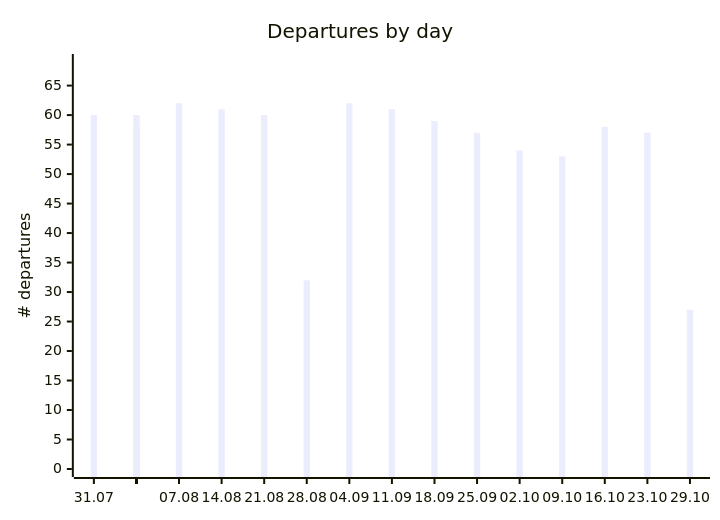
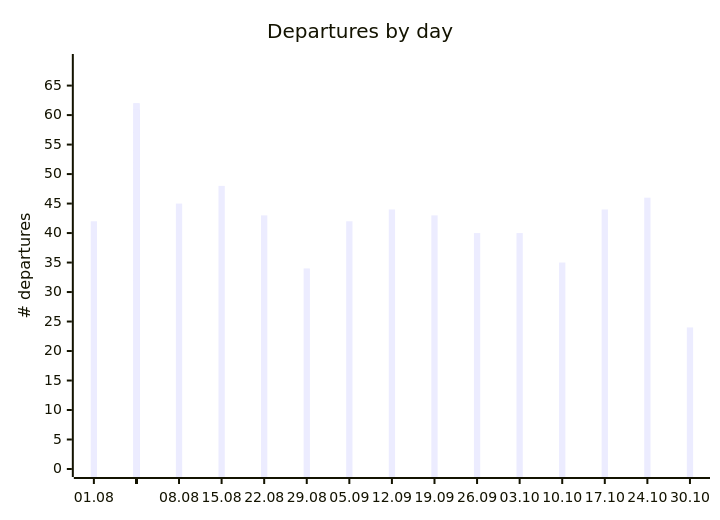
One commit to rainermesi/tll-airport-departures changed the first of 2 diagrams in README.md. Above: the diagram before and after it, drawn with Mermaid. The commit also changed other lines of this file and 3 other files, not shown here.

````diff
--- a/README.md
+++ b/README.md
@@ -37,12 +37,12 @@
 ```mermaid
 ---
 xyChart:
     xAxis:
       labelFontSize: 8
 ---
 xychart-beta
     title "Departures by day"
-    x-axis ["31.07", " ", " ", " ", " ", " ", " ", "07.08", " ", " ", " ", " ", " ", " ", "14.08", " ", " ", " ", " ", " ", " ", "21.08", " ", " ", " ", " ", " ", " ", "28.08", " ", " ", " ", " ", " ", " ", "04.09", " ", " ", " ", " ", " ", " ", "11.09", " ", " ", " ", " ", " ", " ", "18.09", " ", " ", " ", " ", " ", " ", "25.09", " ", " ", " ", " ", " ", " ", "02.10", " ", " ", " ", " ", " ", " ", "09.10", " ", " ", " ", " ", " ", " ", "16.10", " ", " ", " ", " ", " ", " ", "23.10", " ", " ", " ", " ", "29.10"]
+    x-axis ["01.08", " ", " ", " ", " ", " ", " ", "08.08", " ", " ", " ", " ", " ", " ", "15.08", " ", " ", " ", " ", " ", " ", "22.08", " ", " ", " ", " ", " ", " ", "29.08", " ", " ", " ", " ", " ", " ", "05.09", " ", " ", " ", " ", " ", " ", "12.09", " ", " ", " ", " ", " ", " ", "19.09", " ", " ", " ", " ", " ", " ", "26.09", " ", " ", " ", " ", " ", " ", "03.10", " ", " ", " ", " ", " ", " ", "10.10", " ", " ", " ", " ", " ", " ", "17.10", " ", " ", " ", " ", " ", " ", "24.10", " ", " ", " ", " ", "30.10"]
     y-axis "# departures" 0 --> 69
-    bar [60, 42, 56, 55, 44, 50, 51, 62, 45, 57, 58, 43, 53, 54, 61, 48, 57, 60, 46, 54, 55, 60, 43, 58, 58, 48, 54, 33, 32, 34, 52, 54, 45, 54, 49, 62, 42, 56, 57, 48, 53, 52, 61, 44, 54, 56, 47, 51, 52, 59, 43, 52, 55, 46, 51, 53, 57, 40, 48, 54, 42, 46, 52, 54, 40, 48, 50, 36, 45, 46, 53, 35, 49, 50, 34, 46, 52, 58, 44, 55, 56, 46, 48, 52, 57, 46, 50, 46, 51, 27]
+    bar [42, 56, 55, 44, 50, 51, 62, 45, 57, 58, 43, 53, 54, 61, 48, 57, 60, 46, 54, 55, 60, 43, 58, 58, 48, 54, 33, 32, 34, 52, 54, 45, 54, 49, 62, 42, 56, 57, 48, 53, 52, 61, 44, 54, 56, 47, 51, 52, 59, 43, 52, 55, 46, 51, 53, 57, 40, 48, 54, 42, 46, 52, 54, 40, 48, 50, 36, 45, 46, 53, 35, 49, 50, 34, 46, 52, 58, 44, 55, 56, 46, 48, 52, 57, 46, 50, 46, 51, 27, 24]
 ```
````
